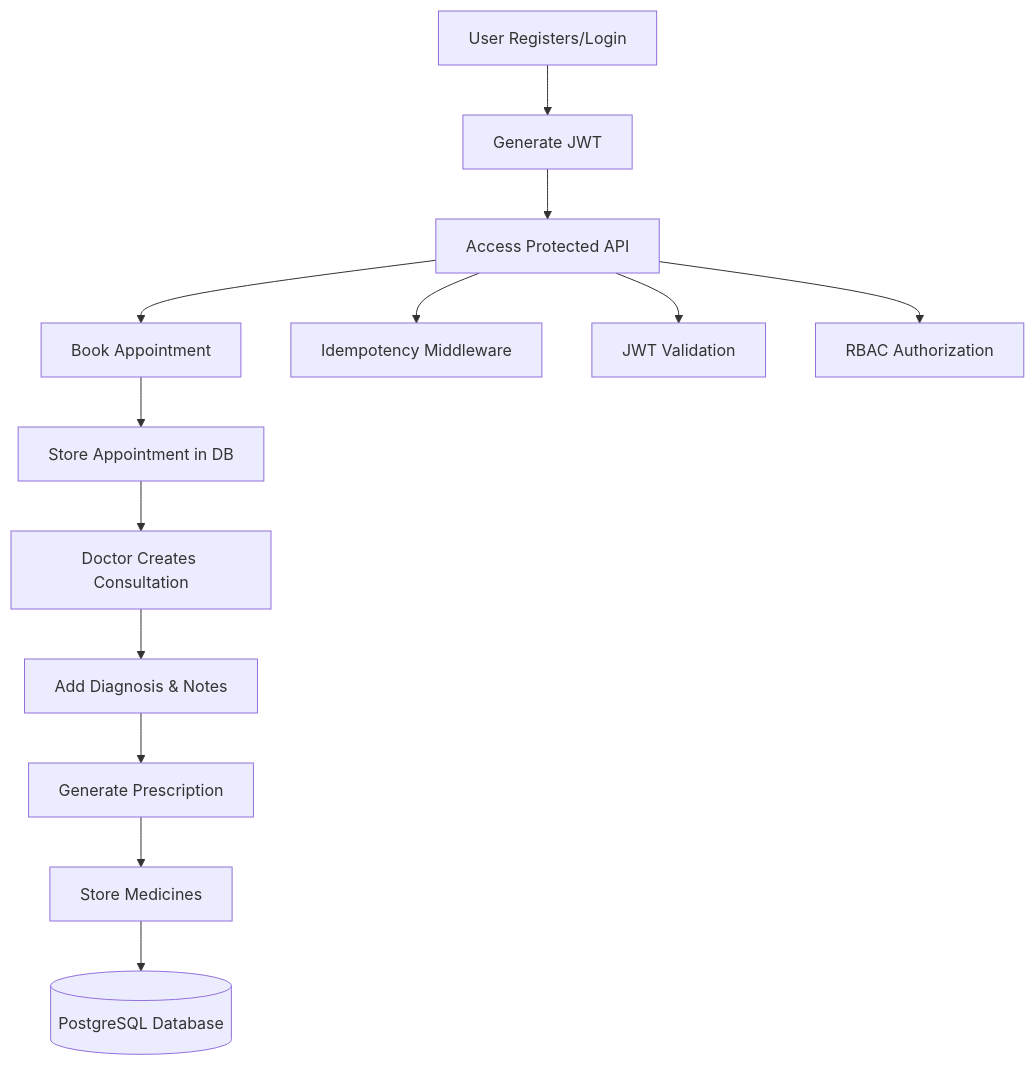
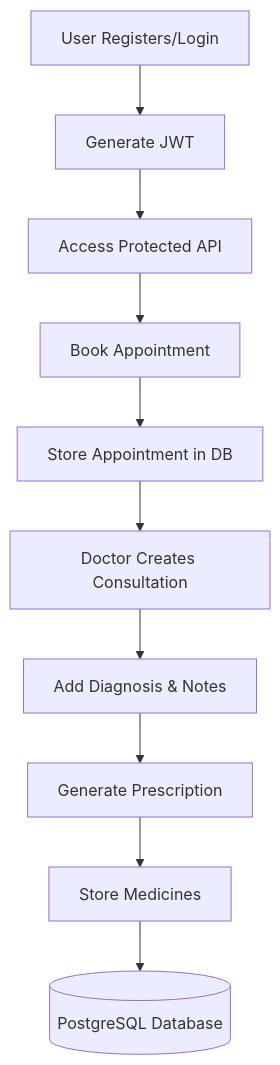
One commit to poornimajoshi90/appointment-booking-api changed the third of 3 diagrams in README.md. Above: the diagram before and after it, drawn with Mermaid. The commit also changed other lines of this file and 41 other files, not shown here.

Commit message:
Added Appointment Booking API with documentation

````diff
--- a/README.md
+++ b/README.md
@@ -115,21 +83,17 @@
 ```mermaid
 flowchart TD
 
-    A[User Registers/Login] --> B[Generate JWT]
-    B --> C[Access Protected API]
+A[User Registers/Login] --> B[Generate JWT]
+B --> C[Access Protected API]
 
-    C --> D[Book Appointment]
-    D --> E[Store Appointment in DB]
+C --> D[Book Appointment]
+D --> E[Store Appointment in DB]
 
-    E --> F[Doctor Creates Consultation]
-    F --> G[Add Diagnosis & Notes]
+E --> F[Doctor Creates Consultation]
+F --> G[Add Diagnosis & Notes]
 
-    G --> H[Generate Prescription]
-    H --> I[Store Medicines]
+G --> H[Generate Prescription]
+H --> I[Store Medicines]
 
-    C --> J[Idempotency Middleware]
-    C --> K[JWT Validation]
-    C --> L[RBAC Authorization]
-
-    I --> M[(PostgreSQL Database)]
+I --> J[(PostgreSQL Database)]
 ```
````
